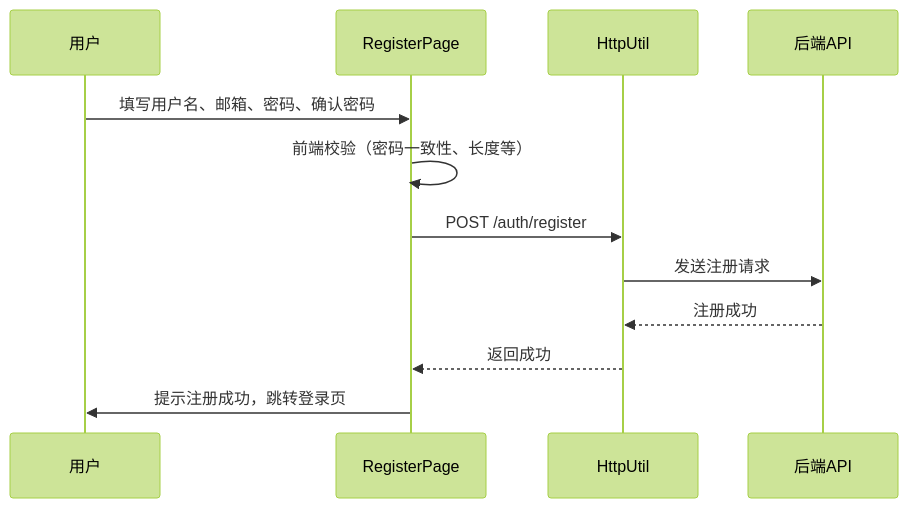
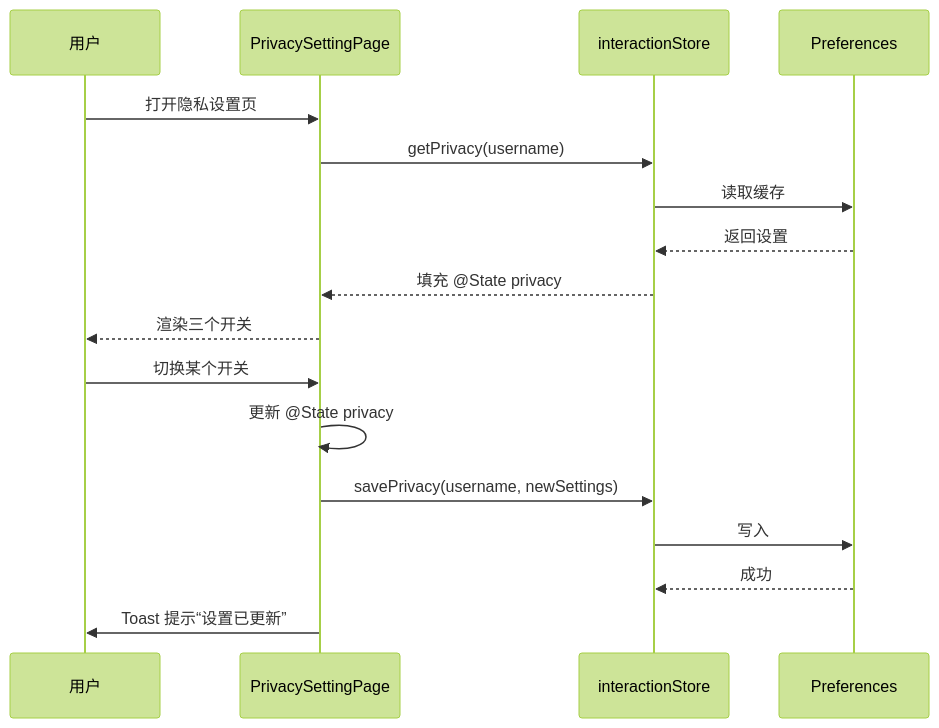
Diagram 14 of 14 in Doc/设计文档.md (BUCT-CS2301/PalmMuseum), drawn with Mermaid (forest theme) before and after one commit. The commit also changed other lines of this file and 1 other file, not shown here.

````diff
--- a/Doc/设计文档.md
+++ b/Doc/设计文档.md
@@ -1132,15 +1377,21 @@
 ```mermaid
 sequenceDiagram
     participant User as 用户
-    participant RegisterPage as RegisterPage
-    participant HttpUtil as HttpUtil
-    participant API as 后端API
+    participant PrivacyPage as PrivacySettingPage
+    participant Store as interactionStore
+    participant Prefs as Preferences
 
-    User->>RegisterPage: 填写用户名、邮箱、密码、确认密码
-    RegisterPage->>RegisterPage: 前端校验（密码一致性、长度等）
-    RegisterPage->>HttpUtil: POST /auth/register
-    HttpUtil->>API: 发送注册请求
-    API-->>HttpUtil: 注册成功
-    HttpUtil-->>RegisterPage: 返回成功
-    RegisterPage->>User: 提示注册成功，跳转登录页
+    User->>PrivacyPage: 打开隐私设置页
+    PrivacyPage->>Store: getPrivacy(username)
+    Store->>Prefs: 读取缓存
+    Prefs-->>Store: 返回设置
+    Store-->>PrivacyPage: 填充 @State privacy
+    PrivacyPage-->>User: 渲染三个开关
+
+    User->>PrivacyPage: 切换某个开关
+    PrivacyPage->>PrivacyPage: 更新 @State privacy
+    PrivacyPage->>Store: savePrivacy(username, newSettings)
+    Store->>Prefs: 写入
+    Prefs-->>Store: 成功
+    PrivacyPage->>User: Toast 提示“设置已更新”
 ```
````
